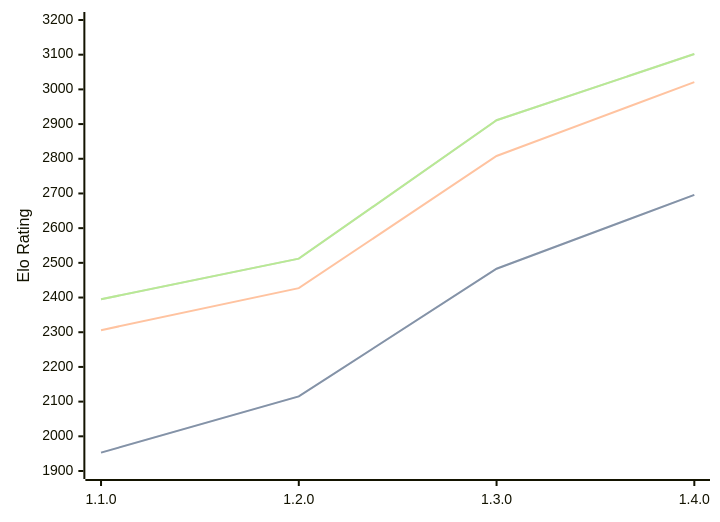
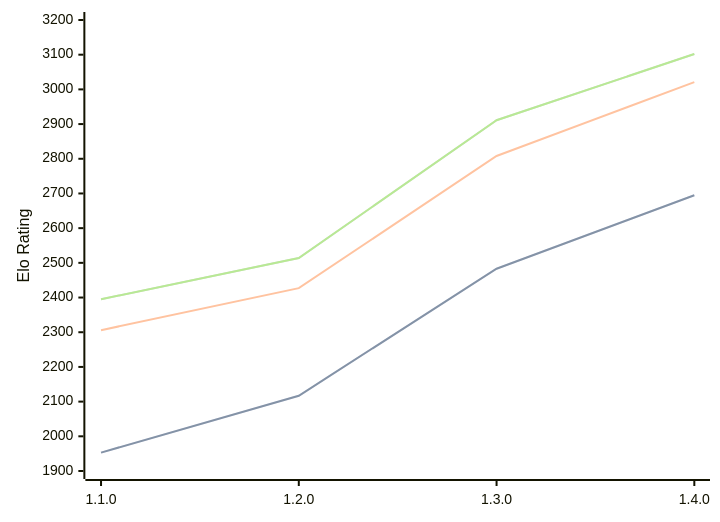
One commit to computer-chess-index/cci changed the first of 3 diagrams in engines/Gyatso.md. Above: the diagram before and after it, drawn with Mermaid. The commit also changed other lines of this file, not shown here.

Commit message:
Update CCI Ratings (ELO VLTC) - 2026-07-08

````diff
--- a/engines/Gyatso.md
+++ b/engines/Gyatso.md
@@ -35,11 +35,11 @@
 ```mermaid
 %%{init: {"theme":"base","themeVariables":{"seriesColors:['#a3a3a3','#222221','#faa371']}}}%%
 xychart-beta
   x-axis ["1.1.0", "1.2.0", "1.3.0", "1.4.0"]
   y-axis "Elo Rating" 1900 --> 3200
-  line "STC (8.0+0.08s)" [1953, 2115, 2483, 2696]
-  line "STC (8.0+0.08s)" [1953, 2115, 2483, 2696]
+  line "STC (8.0+0.08s)" [1953, 2117, 2483, 2695]
+  line "STC (8.0+0.08s)" [1953, 2117, 2483, 2695]
   line "LTC (60.0+0.60s)" [2306, 2427, 2808, 3021]
-  line "VLTC (2m24s+1.12s)" [2395, 2512, 2911, 3102]
-  line "VLTC (2m24s+1.12s)" [2395, 2512, 2911, 3102]
+  line "VLTC (2m24s+1.12s)" [2395, 2514, 2911, 3102]
+  line "VLTC (2m24s+1.12s)" [2395, 2514, 2911, 3102]
 ```
````
